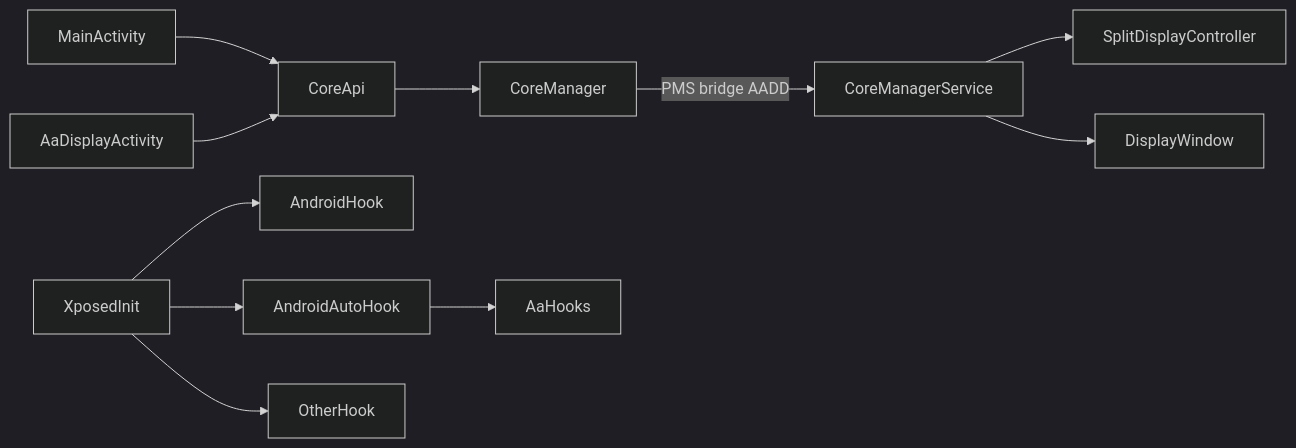
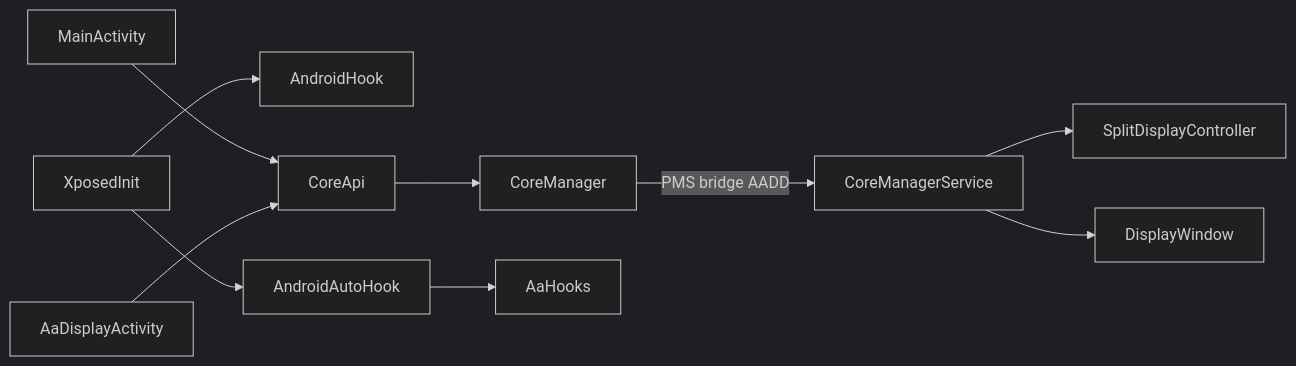
One commit to lagXkjy/AADisplay changed the diagram in AGENTS.md. Above: the diagram before and after it, drawn with Mermaid (dark theme). The commit also changed other lines of this file and 18 other files, not shown here.

````diff
--- a/AGENTS.md
+++ b/AGENTS.md
@@ -53,13 +53,12 @@
 ```mermaid
 flowchart LR
   XposedInit --> AndroidHook
   XposedInit --> AndroidAutoHook
-  XposedInit --> OtherHook
   MainActivity --> CoreApi
   AaDisplayActivity --> CoreApi
   CoreApi --> CoreManager
   CoreManager -->|"PMS bridge AADD"| CoreManagerService
   CoreManagerService --> SplitDisplayController
   CoreManagerService --> DisplayWindow
   AndroidAutoHook --> AaHooks
 ```
````
